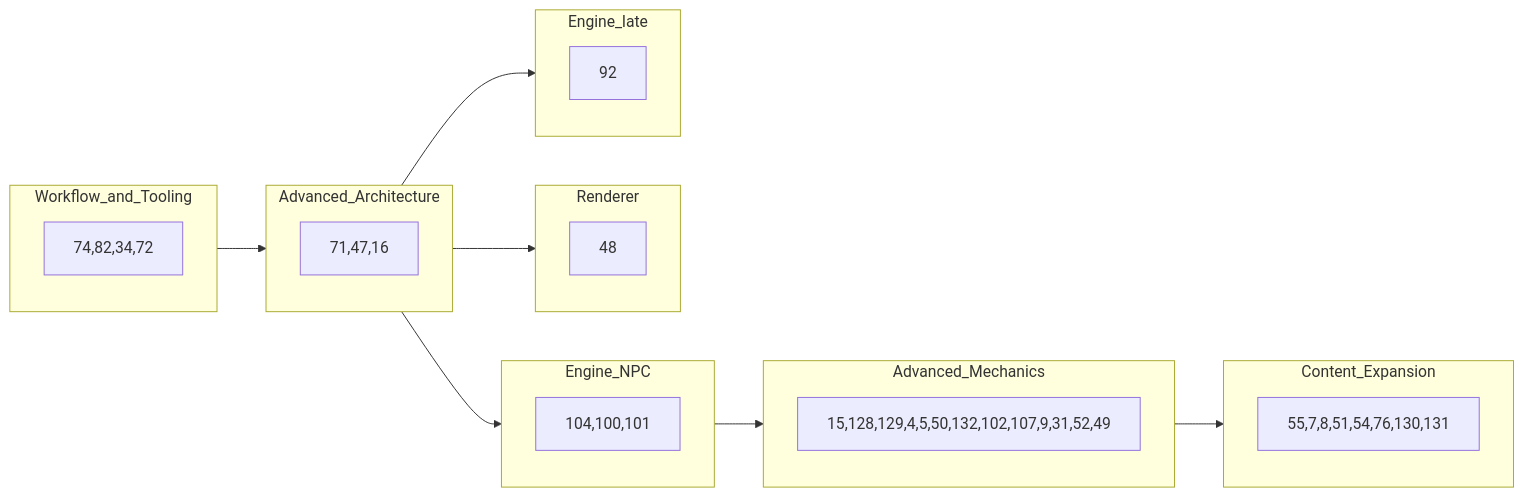
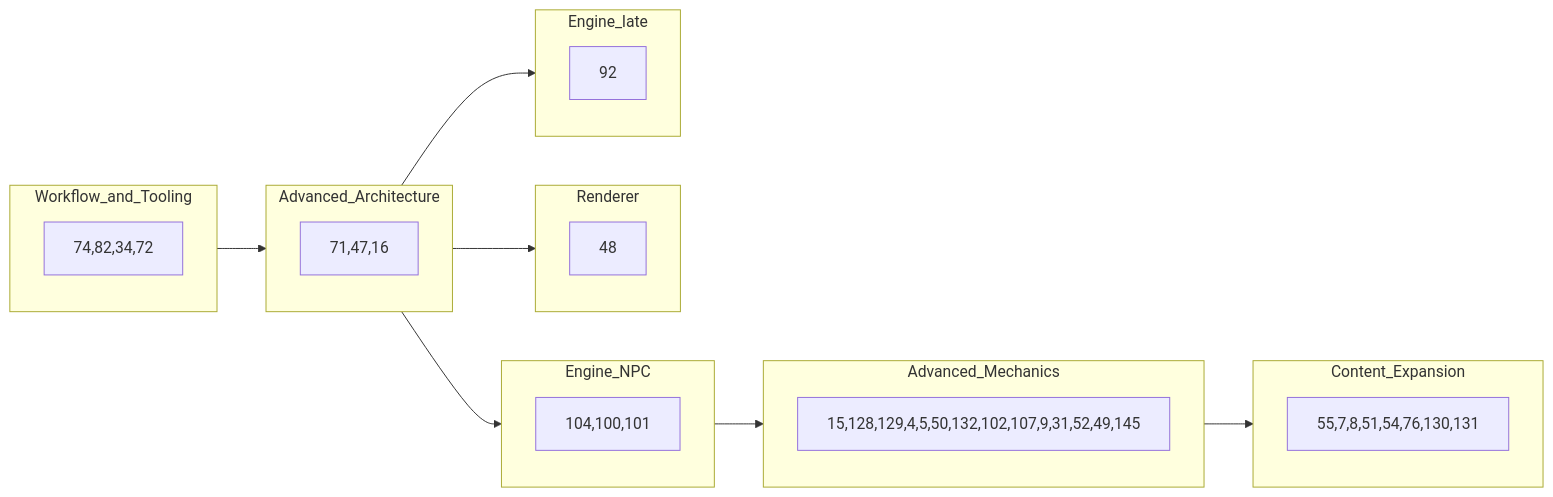
Before and after one commit to ianmays/dosmud: the diagram in DEV_PLAN.md, drawn with Mermaid. The commit also changed other lines of this file and 6 other files, not shown here.

First line of the commit message:
milestone issue hygiene skill and roadmap entry (#146)

````diff
--- a/DEV_PLAN.md
+++ b/DEV_PLAN.md
@@ -44,30 +44,30 @@
 ```mermaid
 flowchart LR
   subgraph m4 [Workflow_and_Tooling]
     M4["74,82,34,72"]
   end
   subgraph m5 [Advanced_Architecture]
     M5["71,47,16"]
   end
   subgraph m9a [Engine_NPC]
     M9a["104,100,101"]
   end
   subgraph m8 [Advanced_Mechanics]
-    M8["15,128,129,4,5,50,132,102,107,9,31,52,49"]
+    M8["15,128,129,4,5,50,132,102,107,9,31,52,49,145"]
   end
   subgraph m6 [Content_Expansion]
     M6["55,7,8,51,54,76,130,131"]
   end
   subgraph m7 [Renderer]
     M7["48"]
   end
   subgraph m9b [Engine_late]
     M9b["92"]
   end
   m4 --> m5
   m5 --> m9a
   m9a --> m8
   m8 --> m6
   m5 --> m7
   m5 --> m9b
 ```
````
